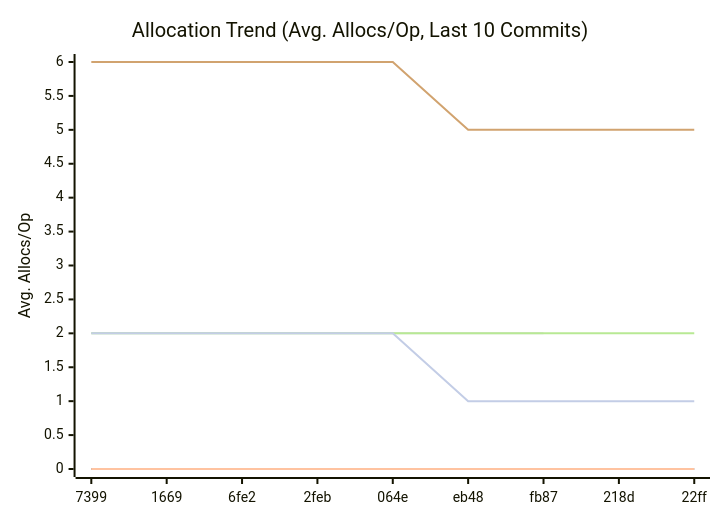
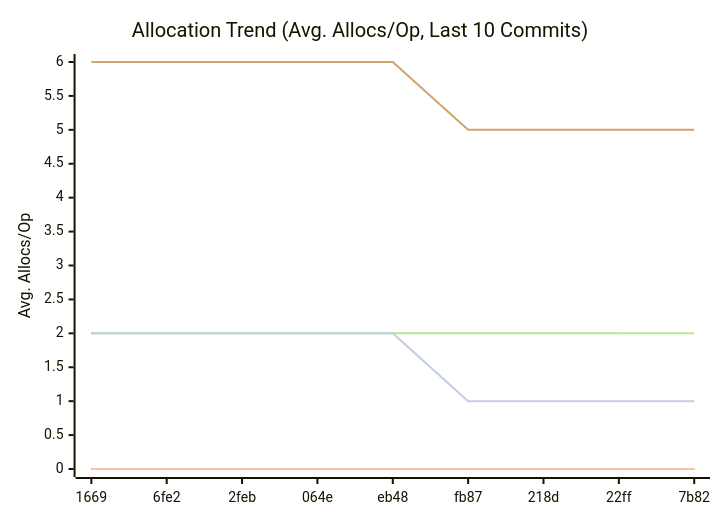
The third of 3 diagrams in doc/README.md (alsotoes/momo), drawn with Mermaid before and after one commit. The commit also changed other lines of this file and 1 other file, not shown here.

````diff
--- a/doc/README.md
+++ b/doc/README.md
@@ -326,14 +326,14 @@
 ```mermaid
 xychart-beta
     title "Allocation Trend (Avg. Allocs/Op, Last 10 Commits)"
     x-axis "Commit"
     y-axis "Avg. Allocs/Op"
-    x-axis [7399,1669,6fe2,2feb,064e,eb48,fb87,218d,22ff]
+    x-axis [1669,6fe2,2feb,064e,eb48,fb87,218d,22ff,7b82]
     line "CheckMetricsAndSwap" [0,0,0,0,0,0,0,0,0,0]
     line "IndexDirectTracking" [0,0,0,0,0,0,0,0,0,0]
     line "IndexSearch" [0,0,0,0,0,0,0,0,0,0]
-    line "LoadGlobalConfig" [2,2,2,2,2,2,2]
+    line "LoadGlobalConfig" [2,2,2,2,2,2,2,2]
     line "PadString" [2,2,2,2,2,2,2,2,2,2]
     line "ParseReplicationOrder_NoPrealloc" [6,6,6,6,6,5,5,5,5,5]
     line "ParseReplicationOrder_Prealloc" [2,2,2,2,2,1,1,1,1,1]
 ```
````
